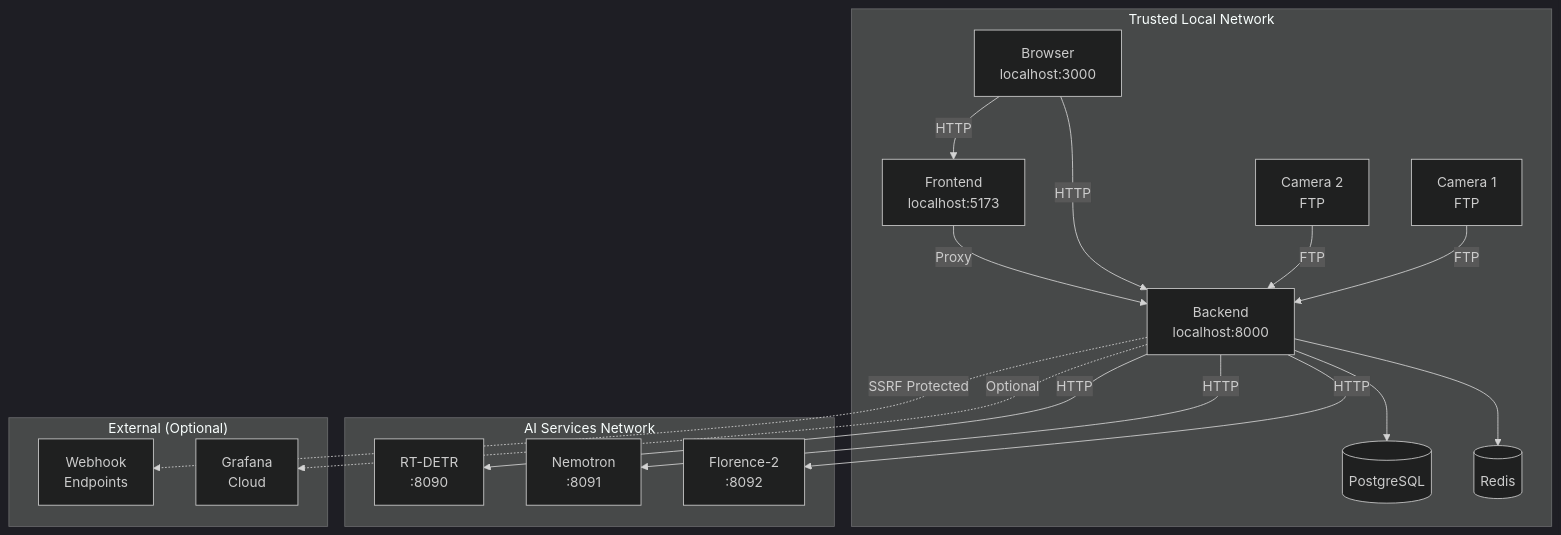
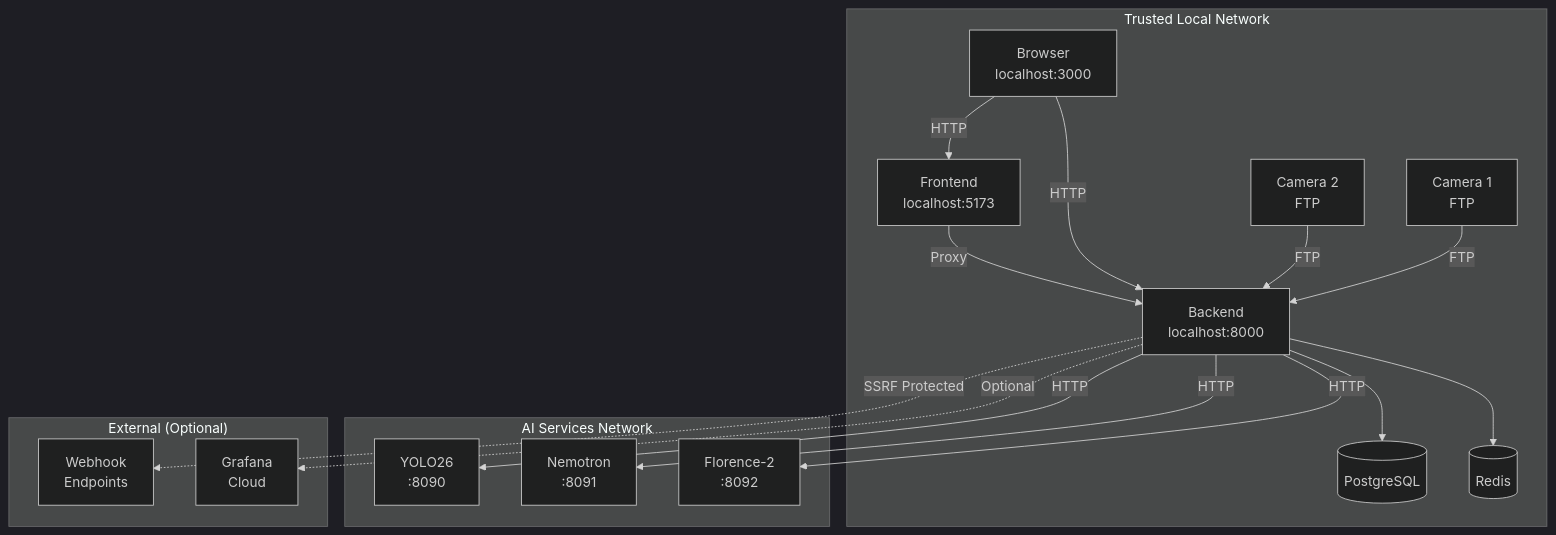
Before and after one commit to mikesvoboda/nemotron-v3-home-security-intelligence: the diagram in docs/architecture/security/network-security.md, drawn with Mermaid (dark theme). The commit also changed other lines of this file and 474 other files, not shown here.

First line of the commit message:
feat: complete RT-DETR to YOLO26 migration and fix test stability (#4442)

````diff
--- a/docs/architecture/security/network-security.md
+++ b/docs/architecture/security/network-security.md
@@ -28,36 +28,36 @@
 ```mermaid
 flowchart TB
     subgraph TrustedNetwork["Trusted Local Network"]
         CAM1[Camera 1<br/>FTP]
         CAM2[Camera 2<br/>FTP]
         BROWSER[Browser<br/>localhost:3000]
         BACKEND[Backend<br/>localhost:8000]
         FRONTEND[Frontend<br/>localhost:5173]
         DB[(PostgreSQL)]
         REDIS[(Redis)]
     end
 
     subgraph AIServices["AI Services Network"]
-        RTDETR[RT-DETR<br/>:8090]
+        YOLO26[YOLO26<br/>:8090]
         NEMOTRON[Nemotron<br/>:8091]
         FLORENCE[Florence-2<br/>:8092]
     end
 
     subgraph External["External (Optional)"]
         WEBHOOK[Webhook<br/>Endpoints]
         GRAFANA[Grafana<br/>Cloud]
     end
 
     CAM1 -->|FTP| BACKEND
     CAM2 -->|FTP| BACKEND
     BROWSER -->|HTTP| FRONTEND
     BROWSER -->|HTTP| BACKEND
     FRONTEND -->|Proxy| BACKEND
     BACKEND --> DB
     BACKEND --> REDIS
-    BACKEND -->|HTTP| RTDETR
+    BACKEND -->|HTTP| YOLO26
     BACKEND -->|HTTP| NEMOTRON
     BACKEND -->|HTTP| FLORENCE
     BACKEND -.->|SSRF Protected| WEBHOOK
     BACKEND -.->|Optional| GRAFANA
 ```
````
